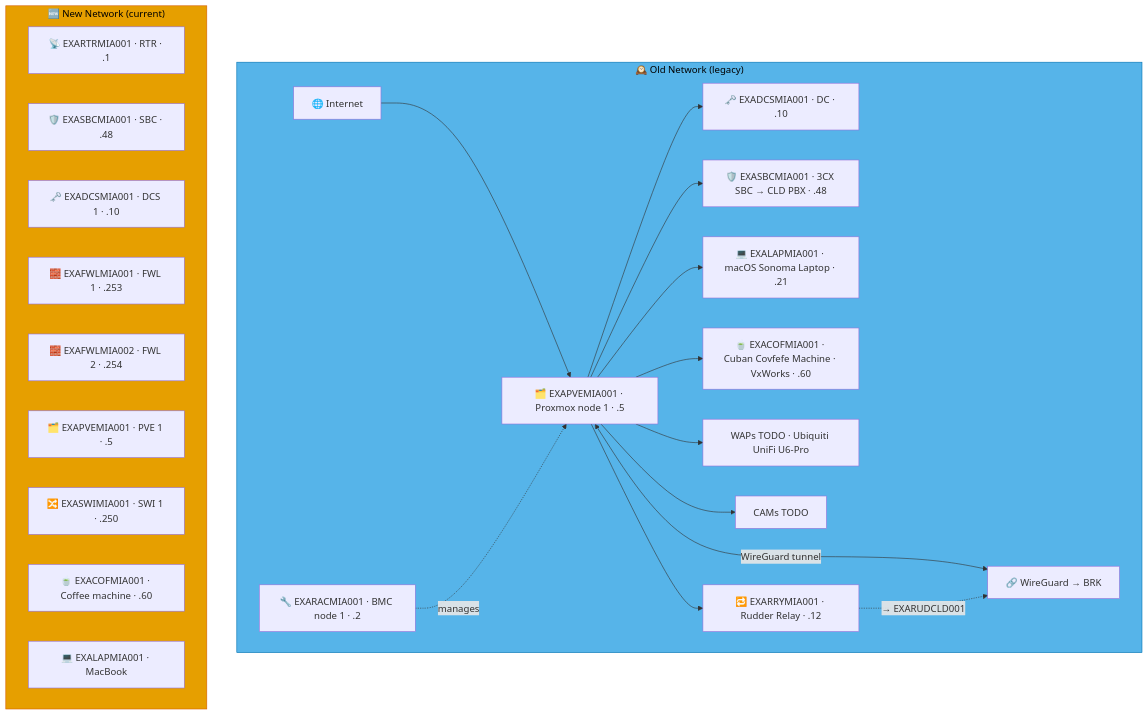
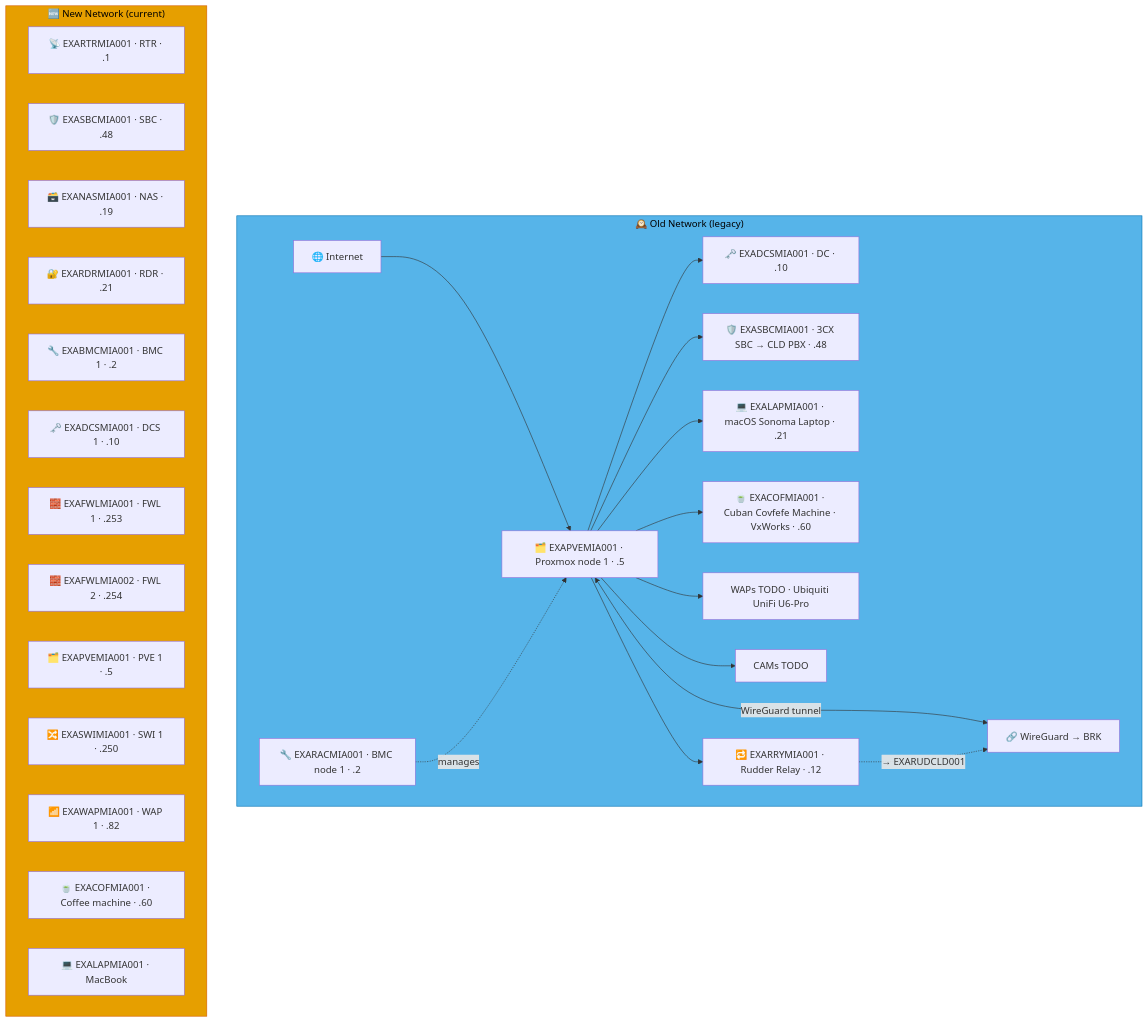
Before and after one commit to knightmare2600/example_music_infra: the fourth of 8 diagrams in docs/network-diagram/united-states.md, drawn with Mermaid. The commit also changed other lines of this file and 15 other files, not shown here.

````diff
--- a/docs/network-diagram/united-states.md
+++ b/docs/network-diagram/united-states.md
@@ -184,39 +196,43 @@
 ```mermaid
 graph TD
     subgraph OLD_MIA ["🕰️ Old Network (legacy)"]
       INET["🌐 Internet"]
       RAC["🔧 EXARACMIA001 · BMC node 1 · .2"]
       PVE["🗂️ EXAPVEMIA001 · Proxmox node 1 · .5"]
       DC["🗝️ EXADCSMIA001 · DC · .10"]
       SBC["🛡️ EXASBCMIA001 · 3CX SBC → CLD PBX · .48"]
       RRY["🔁 EXARRYMIA001 · Rudder Relay · .12"]
       LAP["💻 EXALAPMIA001 · macOS Sonoma Laptop · .21"]
       COF["🍵 EXACOFMIA001 · Cuban Covfefe Machine · VxWorks · .60"]
       WAP["WAPs TODO · Ubiquiti UniFi U6-Pro"]
       CAM["CAMs TODO"]
       VPN["🔗 WireGuard → BRK"]
 
       INET --> PVE --> DC & SBC
       RAC -.->|"manages"| PVE
       PVE --> LAP & COF & WAP & CAM
       PVE <-->|"WireGuard tunnel"| VPN
 
       PVE --> RRY
       RRY -. "→ EXARUDCLD001" .-> VPN
     end
     style OLD_MIA fill:#56B4E9,stroke:#0072B2,color:#000000
     %% GENERATED:NEW-NETWORK:MIA:START
     subgraph NEW_MIA ["🆕 New Network (current)"]
       N_RTR["📡 EXARTRMIA001 · RTR · .1"]
       N_SBC["🛡️ EXASBCMIA001 · SBC · .48"]
+      N_NAS["🗃️ EXANASMIA001 · NAS · .19"]
+      N_RDR["🔐 EXARDRMIA001 · RDR · .21"]
+      N_BMC["🔧 EXABMCMIA001 · BMC 1 · .2"]
       N_DCS["🗝️ EXADCSMIA001 · DCS 1 · .10"]
       N_FWL["🧱 EXAFWLMIA001 · FWL 1 · .253"]
       N_FWL2["🧱 EXAFWLMIA002 · FWL 2 · .254"]
       N_PVE["🗂️ EXAPVEMIA001 · PVE 1 · .5"]
       N_SWI["🔀 EXASWIMIA001 · SWI 1 · .250"]
+      N_WAP["📶 EXAWAPMIA001 · WAP 1 · .82"]
       N_COF["🍵 EXACOFMIA001 · Coffee machine · .60"]
       N_LAP["💻 EXALAPMIA001 · MacBook"]
     end
     style NEW_MIA fill:#E69F00,stroke:#D55E00,color:#000000
     %% GENERATED:NEW-NETWORK:MIA:END
 ```
````
